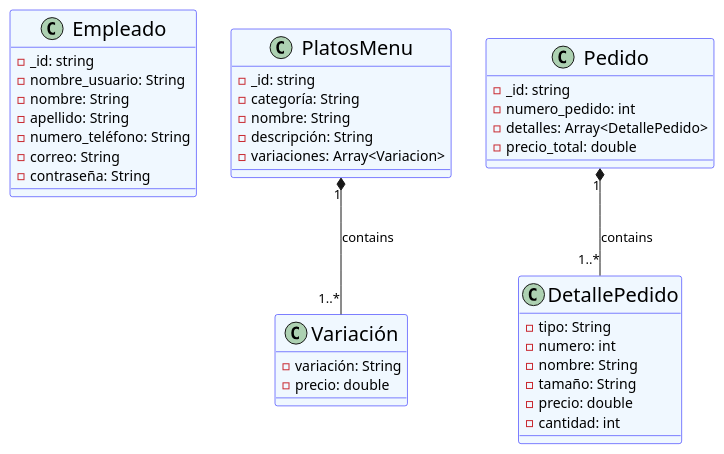
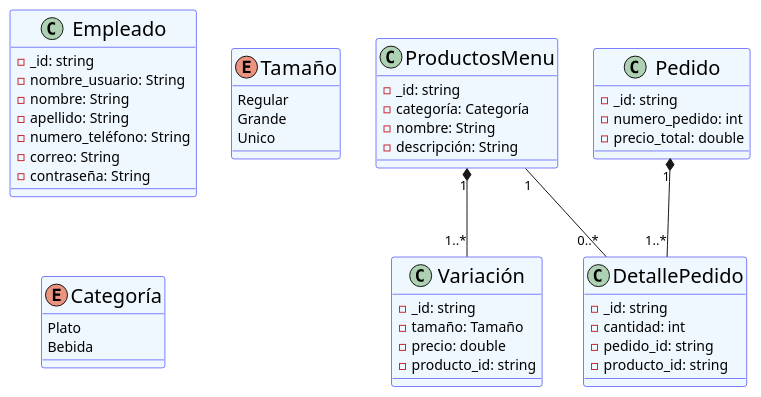
One commit to AmineBennani7/Smart-Voice-Restaurant-Assistant changed the diagram in backend/src/database/menu.plantuml. Above: the diagram before and after it, drawn with PlantUML. The commit also changed 5 other files, not shown here.

```diff
--- a/backend/src/database/menu.plantuml
+++ b/backend/src/database/menu.plantuml
@@ -1,47 +1,60 @@
 @startuml menu
 skinparam classBackgroundColor AliceBlue
 skinparam classBorderColor Blue
 skinparam classFontName Comic Sans 
 skinparam classFontSize 20
 
 class Empleado {
  - _id: string
  - nombre_usuario: String
  - nombre: String
  - apellido: String
  - numero_teléfono: String
  - correo: String
  - contraseña: String
 }
 
-class PlatosMenu {
+class ProductosMenu {
   - _id: string
-  - categoría: String
+  - categoría: Categoría
   - nombre: String
   - descripción: String
-  - variaciones: Array<Variacion>
 }
 
 class Variación {
-  - variación: String
+  - _id: string
+  - tamaño: Tamaño
   - precio: double
+  - producto_id: string
 }
 
 class Pedido {
  - _id: string
  - numero_pedido: int
- - detalles: Array<DetallePedido>
  - precio_total: double
 }
 
 class DetallePedido {
- - tipo: String
- - numero: int
- - nombre: String
- - tamaño: String
- - precio: double
+ - _id: string
  - cantidad: int
+ - pedido_id: string
+ - producto_id: string
 }
-PlatosMenu "1" *-- "1..*" Variación : contains
-Pedido "1" *-- "1..*" DetallePedido : contains
+
+enum Tamaño {
+  Regular
+  Grande
+  Unico
+}
+
+enum Categoría {
+  Plato
+  Bebida
+}
+
+ProductosMenu "1" *-- "1..*" Variación 
+Pedido "1" *-- "1..*" DetallePedido 
+
+ProductosMenu "1" -- "0..*" DetallePedido 
+
 @enduml
```
